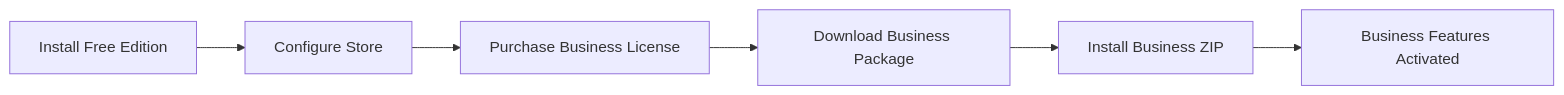
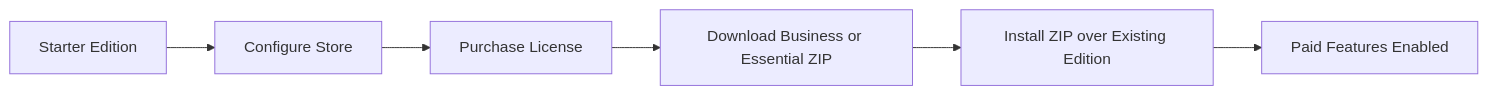
The fourth of 6 diagrams in joomla/learning/extensions/hikashop-6-5-2-installation-guide.md (duyduyly/php-notebook), drawn with Mermaid before and after one commit. The commit also changed other lines of this file, not shown here.

Commit message:
Expand HikaShop 6.5.2 installation guide with features and migration tests

````diff
--- a/joomla/learning/extensions/hikashop-6-5-2-installation-guide.md
+++ b/joomla/learning/extensions/hikashop-6-5-2-installation-guide.md
@@ -211,16 +176,8 @@
 ```mermaid
 flowchart LR
-
-A[Install Free Edition]
-B[Configure Store]
-C[Purchase Business License]
-D[Download Business Package]
-E[Install Business ZIP]
-F[Business Features Activated]
-
-A --> B
-B --> C
-C --> D
-D --> E
-E --> F
+    A[Starter Edition] --> B[Configure Store]
+    B --> C[Purchase License]
+    C --> D[Download Business or Essential ZIP]
+    D --> E[Install ZIP over Existing Edition]
+    E --> F[Paid Features Enabled]
 ```
````
